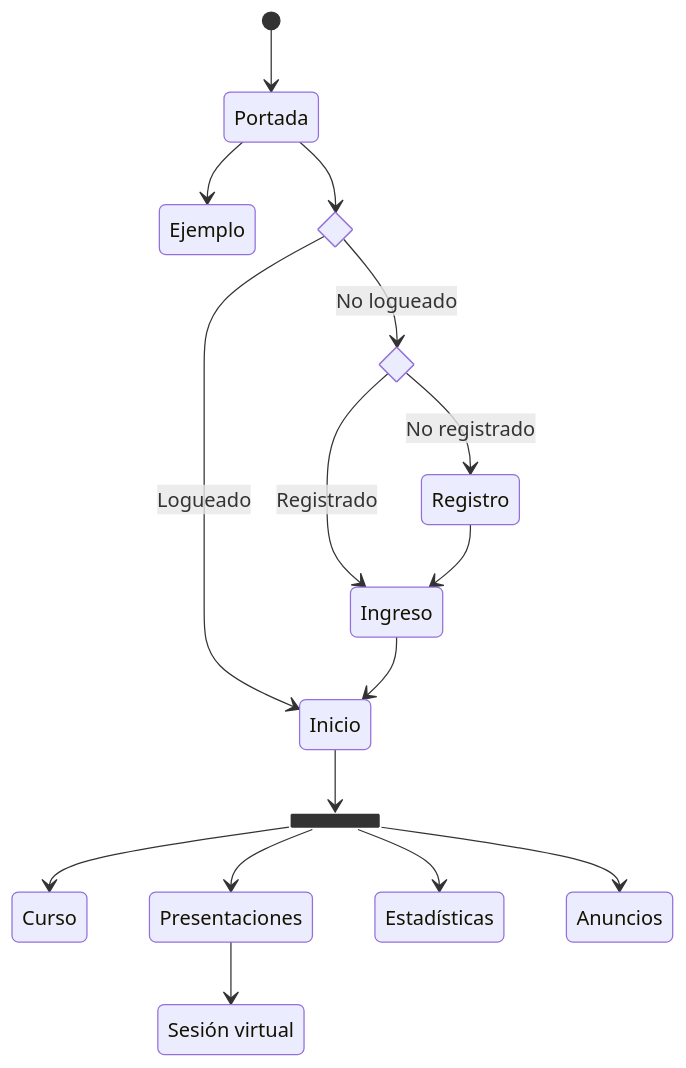
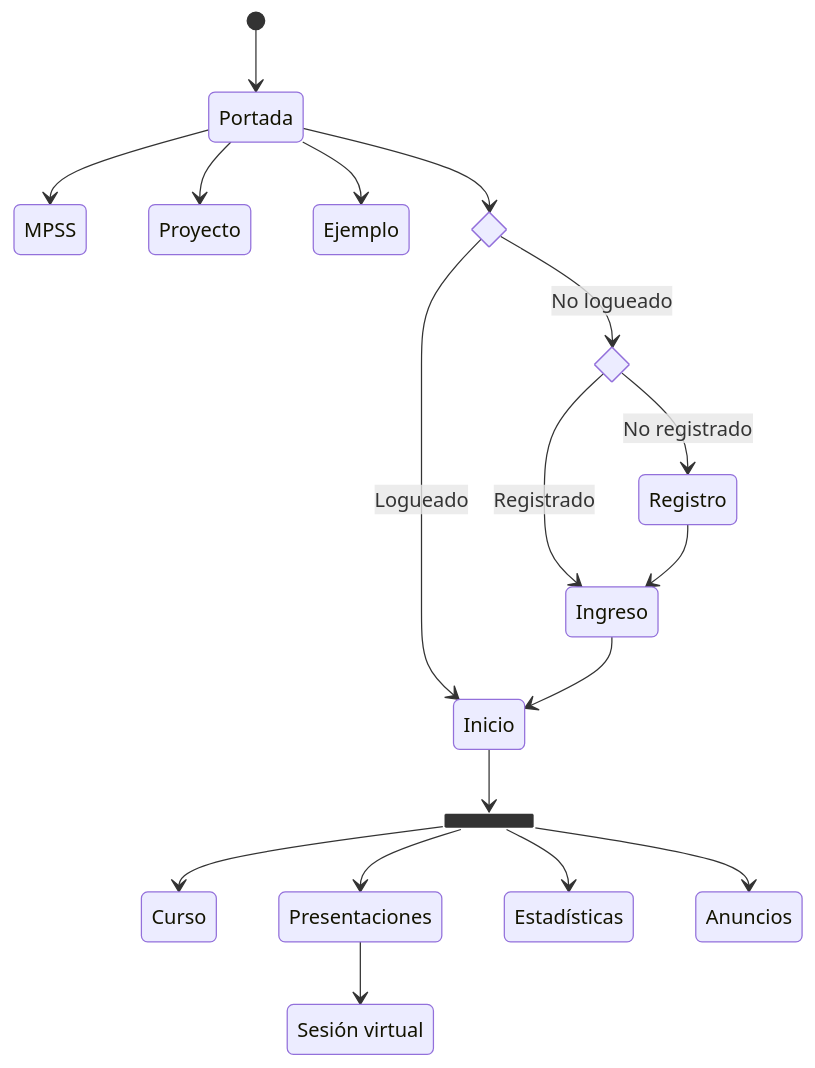
Before and after one commit to fabianabarca/presentaciones: the diagram in DEVELOPMENT.md, drawn with Mermaid. The commit also changed other lines of this file, not shown here.

````diff
--- a/DEVELOPMENT.md
+++ b/DEVELOPMENT.md
@@ -56,32 +56,36 @@
 ```mermaid
 stateDiagram-v2
     por : Portada
+    mod : MPSS
+    pro : Proyecto
     eje : Ejemplo
     reg : Registro
     ing : Ingreso
     ini : Inicio
     cur : Curso
     pre : Presentaciones
     ses : Sesión virtual
     est : Estadísticas
     anu : Anuncios
     state log <<choice>>
     state usu <<choice>>
     state men <<fork>>
 
     [*] --> por
     por --> eje
+    por --> mod
+    por --> pro
     por --> log
     log --> ini : Logueado
     log --> usu : No logueado
     usu --> ing : Registrado
     usu --> reg : No registrado
     ing --> ini
     reg --> ing
     ini --> men
     men --> cur
     men --> pre
     pre --> ses
     men --> est
     men --> anu
 ```
````
